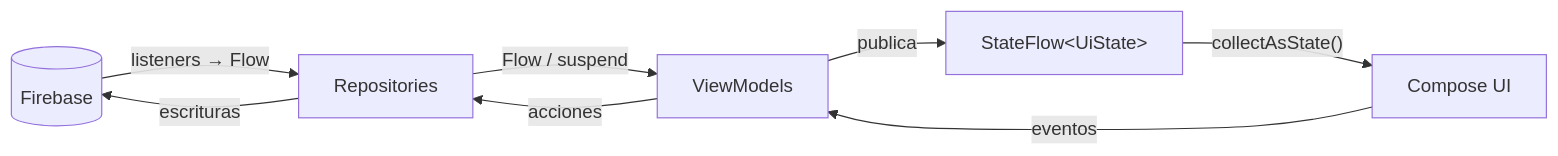
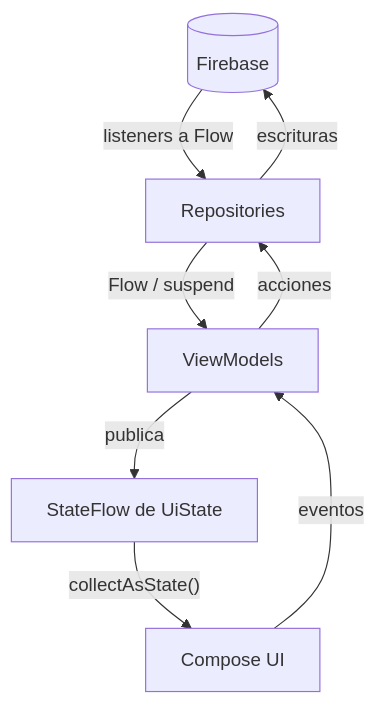
The third of 6 diagrams in README.md (Azelmods677/NexusChat), drawn with Mermaid before and after one commit. The commit also changed other lines of this file and 69 other files, not shown here.

````diff
--- a/README.md
+++ b/README.md
@@ -111,10 +155,10 @@
 ```mermaid
-flowchart LR
-    FB[("Firebase")] -- "listeners → Flow" --> REPO["Repositories"]
-    REPO -- "Flow / suspend" --> VM["ViewModels"]
-    VM -- "publica" --> STATE["StateFlow&lt;UiState&gt;"]
-    STATE -- "collectAsState()" --> UI["Compose UI"]
-    UI -- "eventos" --> VM
-    VM -- "acciones" --> REPO
-    REPO -- "escrituras" --> FB
+flowchart TD
+    FB[("Firebase")] -->|"listeners a Flow"| REPO["Repositories"]
+    REPO -->|"Flow / suspend"| VM["ViewModels"]
+    VM -->|"publica"| STATE["StateFlow de UiState"]
+    STATE -->|"collectAsState()"| UI["Compose UI"]
+    UI -->|"eventos"| VM
+    VM -->|"acciones"| REPO
+    REPO -->|"escrituras"| FB
 ```
````
